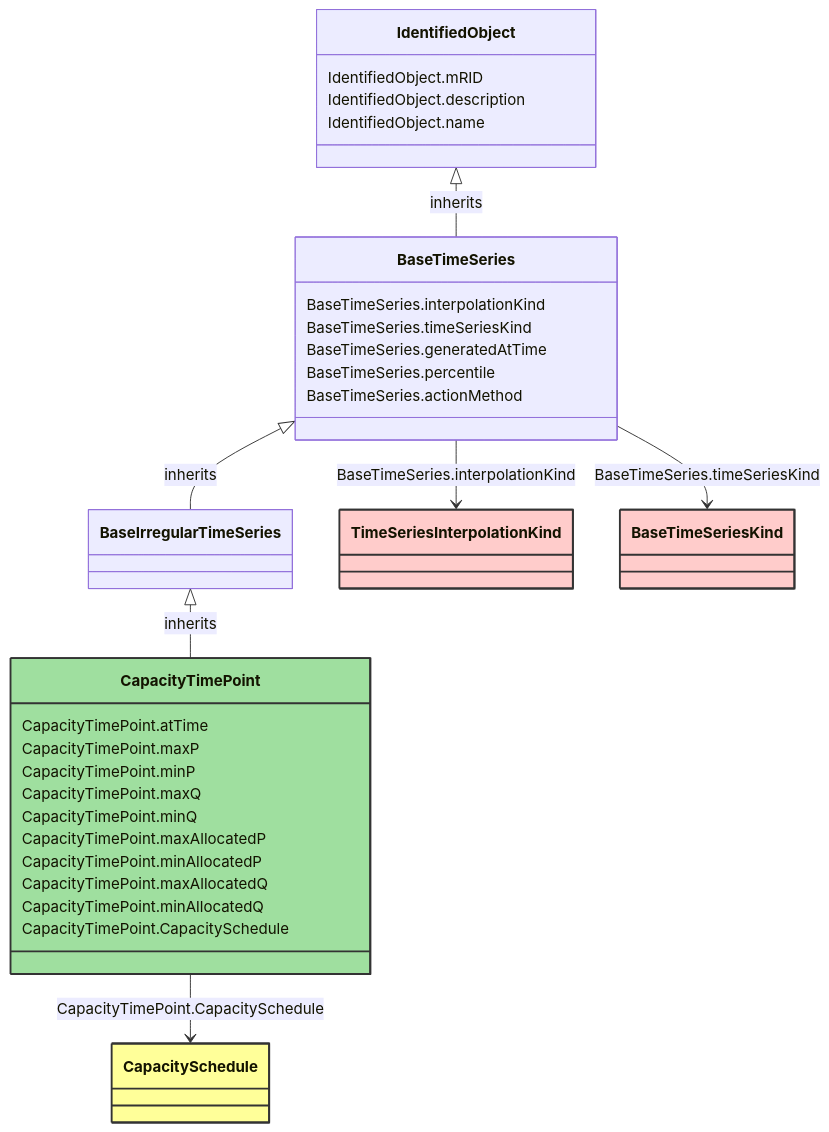
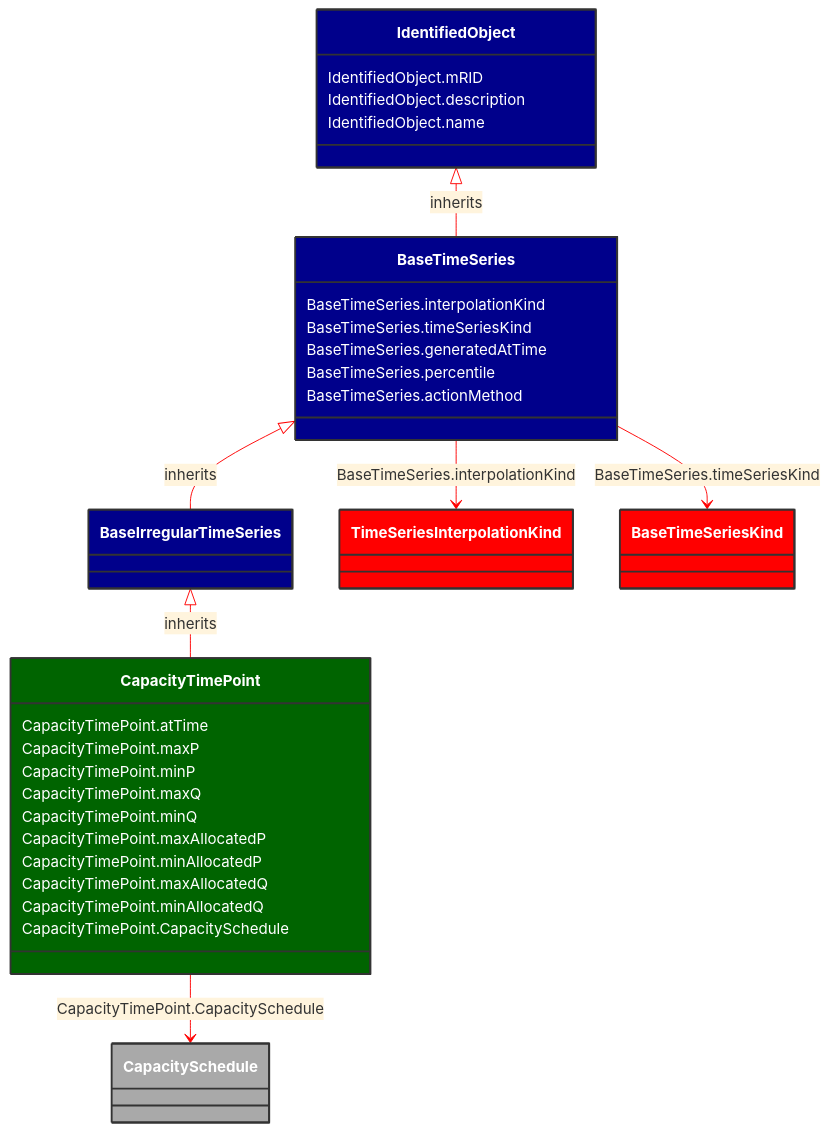
The diagram in docs/Models/Profiles/WattApp/ConcreteClasses/CapacityTimePoint.md (3lbits/NoCIMExtensions), drawn with Mermaid before and after one commit. The commit also changed 16 other files, not shown here.

Commit message:
Fixed mermaid colors and footer issue

````diff
--- a/docs/Models/Profiles/WattApp/ConcreteClasses/CapacityTimePoint.md
+++ b/docs/Models/Profiles/WattApp/ConcreteClasses/CapacityTimePoint.md
@@ -8,58 +8,59 @@
 ```mermaid
+%%{init: {'theme':'base','themeVariables': {'lineColor': '#FF0000'}}}%%
 classDiagram
     class CapacityTimePoint
     click CapacityTimePoint href "/Models/Profiles/WattApp/ConcreteClasses/CapacityTimePoint/"
-    style CapacityTimePoint fill:#9fdf9f,stroke:#333,stroke-width:2px,rx:10,ry:10
+    style CapacityTimePoint fill:#006400,stroke:#333,stroke-width:2px,rx:10,ry:10,color:white
 
         BaseIrregularTimeSeries <|-- CapacityTimePoint : inherits
             click BaseIrregularTimeSeries href "/Models/Profiles/WattApp/AbstractClasses/BaseIrregularTimeSeries/"
-            style BaseIrregularTimeSeries rx:10,ry:10
+            style BaseIrregularTimeSeries fill:#00008B,stroke:#333,stroke-width:2px,rx:10,ry:10,color:white
 
         CapacityTimePoint
             click CapacityTimePoint href "/Models/Profiles/WattApp/ConcreteClasses/CapacityTimePoint/"
-            style CapacityTimePoint rx:10,ry:10
+            style BaseIrregularTimeSeries fill:#00008B,stroke:#333,stroke-width:2px,rx:10,ry:10,color:white
 
         BaseTimeSeries <|-- BaseIrregularTimeSeries : inherits
             click BaseTimeSeries href "/Models/Profiles/WattApp/AbstractClasses/BaseTimeSeries/"
-            style BaseTimeSeries rx:10,ry:10
+            style BaseTimeSeries fill:#00008B,stroke:#333,stroke-width:2px,rx:10,ry:10,color:white
 
         IdentifiedObject <|-- BaseTimeSeries : inherits
             click IdentifiedObject href "/Models/Profiles/WattApp/AbstractClasses/IdentifiedObject/"
-            style IdentifiedObject rx:10,ry:10
+            style IdentifiedObject fill:#00008B,stroke:#333,stroke-width:2px,rx:10,ry:10,color:white
 
         CapacityTimePoint --> CapacitySchedule : CapacityTimePoint.CapacitySchedule
 
         CapacitySchedule
             click CapacitySchedule href "/Models/Profiles/WattApp/ConcreteClasses/CapacitySchedule/"
-            style CapacitySchedule fill:#ffff99,stroke:#333,stroke-width:2px,rx:10,ry:10
+            style CapacitySchedule fill:#A9A9A9,stroke:#333,stroke-width:2px,rx:10,ry:10,color:white
 
         BaseTimeSeries --> TimeSeriesInterpolationKind : BaseTimeSeries.interpolationKind
 
         TimeSeriesInterpolationKind
             click TimeSeriesInterpolationKind href "/Models/Profiles/WattApp/Enumerations/TimeSeriesInterpolationKind/"
-            style TimeSeriesInterpolationKind fill:#FFCCCB,stroke:#333,stroke-width:2px,rx:10,ry:10
+            style TimeSeriesInterpolationKind fill:#FF0000,stroke:#333,stroke-width:2px,rx:10,ry:10,color:white
         BaseTimeSeries --> BaseTimeSeriesKind : BaseTimeSeries.timeSeriesKind
 
         BaseTimeSeriesKind
             click BaseTimeSeriesKind href "/Models/Profiles/WattApp/Enumerations/BaseTimeSeriesKind/"
-            style BaseTimeSeriesKind fill:#FFCCCB,stroke:#333,stroke-width:2px,rx:10,ry:10
+            style BaseTimeSeriesKind fill:#FF0000,stroke:#333,stroke-width:2px,rx:10,ry:10,color:white
 
         CapacityTimePoint : CapacityTimePoint.atTime
         CapacityTimePoint : CapacityTimePoint.maxP
         CapacityTimePoint : CapacityTimePoint.minP
         CapacityTimePoint : CapacityTimePoint.maxQ
         CapacityTimePoint : CapacityTimePoint.minQ
         CapacityTimePoint : CapacityTimePoint.maxAllocatedP
         CapacityTimePoint : CapacityTimePoint.minAllocatedP
         CapacityTimePoint : CapacityTimePoint.maxAllocatedQ
         CapacityTimePoint : CapacityTimePoint.minAllocatedQ
         CapacityTimePoint : CapacityTimePoint.CapacitySchedule
         BaseTimeSeries : BaseTimeSeries.interpolationKind
         BaseTimeSeries : BaseTimeSeries.timeSeriesKind
         BaseTimeSeries : BaseTimeSeries.generatedAtTime
         BaseTimeSeries : BaseTimeSeries.percentile
         BaseTimeSeries : BaseTimeSeries.actionMethod
         IdentifiedObject : IdentifiedObject.mRID
         IdentifiedObject : IdentifiedObject.description
         IdentifiedObject : IdentifiedObject.name
 ```
````
